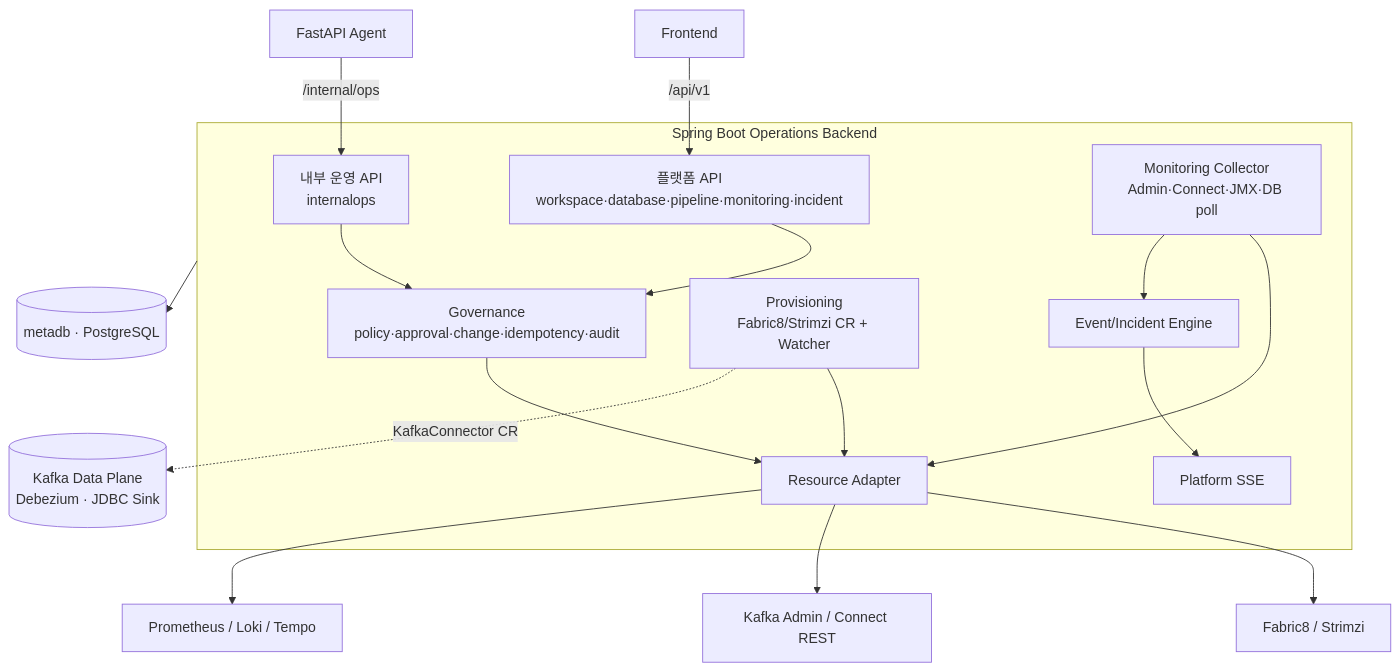
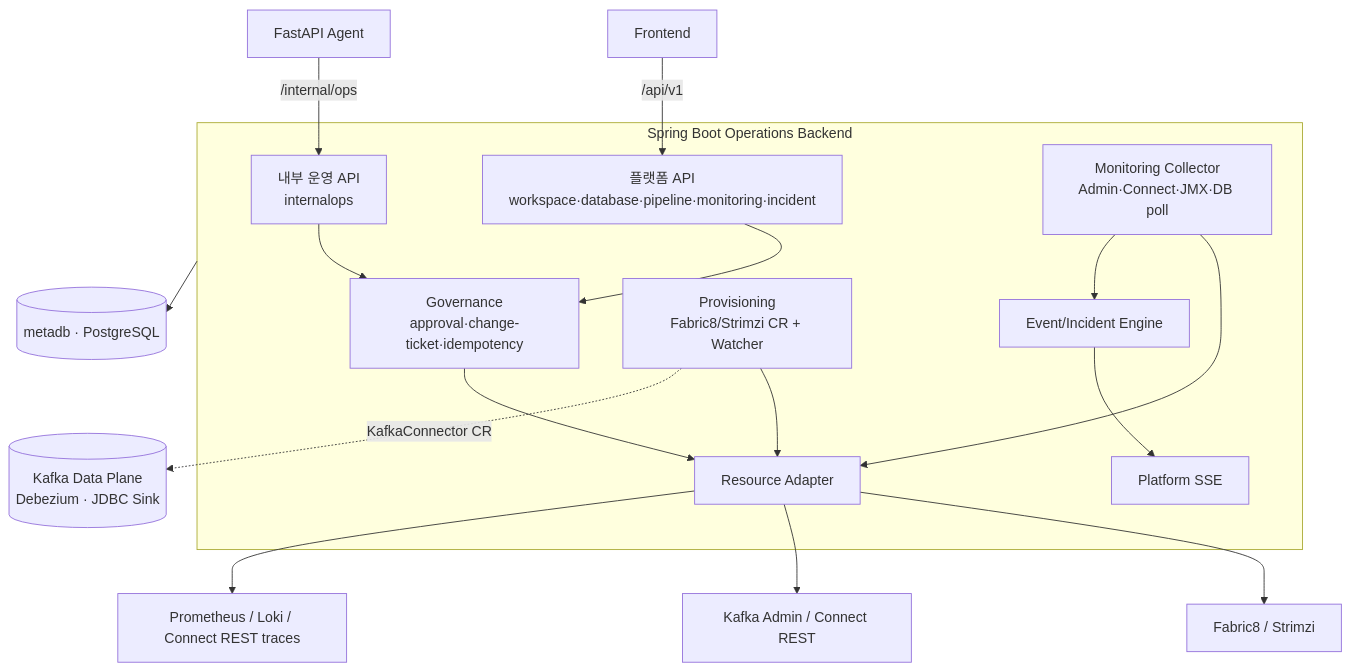
The first of 2 diagrams in docs/design/backend-springboot/overview.md (cloud-team2/bifrost), drawn with Mermaid before and after one commit. The commit also changed other lines of this file and 25 other files, not shown here.

````diff
--- a/docs/design/backend-springboot/overview.md
+++ b/docs/design/backend-springboot/overview.md
@@ -22,18 +22,18 @@
 ```mermaid
 flowchart TB
     FE[Frontend] -->|/api/v1| PLAT[플랫폼 API<br/>workspace·database·pipeline·monitoring·incident]
     AG[FastAPI Agent] -->|/internal/ops| IOPS[내부 운영 API<br/>internalops]
     subgraph SB[Spring Boot Operations Backend]
-      PLAT --> GOV[Governance<br/>policy·approval·change·idempotency·audit]
+      PLAT --> GOV[Governance<br/>approval·change-ticket·idempotency]
       IOPS --> GOV
       GOV --> ADP[Resource Adapter]
       PROV[Provisioning<br/>Fabric8/Strimzi CR + Watcher] --> ADP
       COLL[Monitoring Collector<br/>Admin·Connect·JMX·DB poll] --> ADP
       COLL --> EVT[Event/Incident Engine] --> SSE[Platform SSE]
     end
     ADP --> K8S[Fabric8 / Strimzi]
     ADP --> KAFKA[Kafka Admin / Connect REST]
-    ADP --> OBS[Prometheus / Loki / Tempo]
+    ADP --> OBS[Prometheus / Loki / Connect REST traces]
     PROV -. KafkaConnector CR .-> DP[(Kafka Data Plane<br/>Debezium · JDBC Sink)]
     SB --> META[(metadb · PostgreSQL)]
 ```
````
